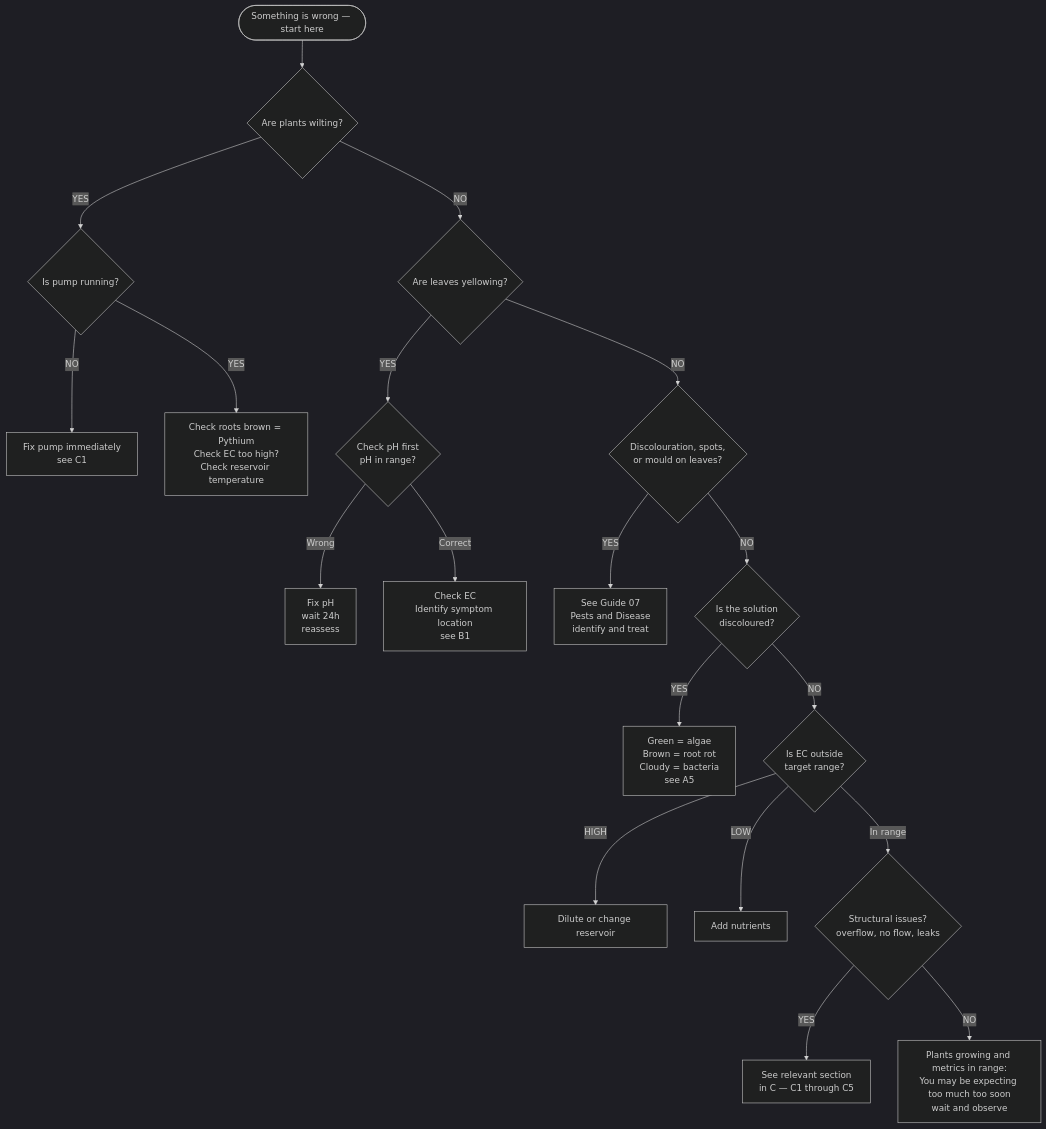
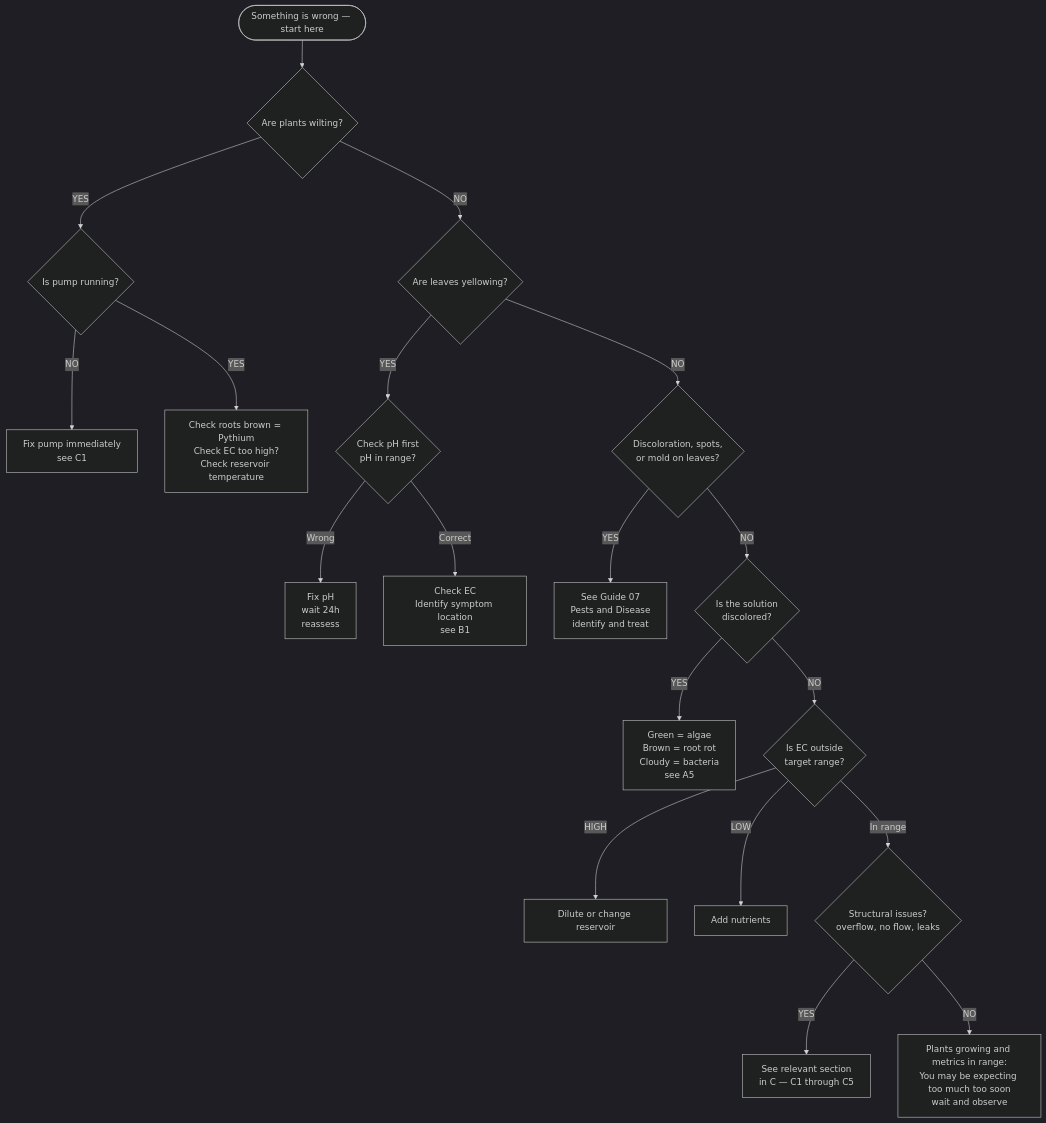
One commit to UncleJS/guide_hydroponics changed the fourth of 4 diagrams in guide/nft/09-troubleshooting.md. Above: the diagram before and after it, drawn with Mermaid (dark theme). The commit also changed other lines of this file and 35 other files, not shown here.

````diff
--- a/guide/nft/09-troubleshooting.md
+++ b/guide/nft/09-troubleshooting.md
@@ -789,33 +794,33 @@
 ```mermaid
 flowchart TD
     Start([Something is wrong — start here])
 
     Start --> Wilting{Are plants wilting?}
     Wilting -->|YES| PumpQ{Is pump running?}
     PumpQ -->|NO| FixPump[Fix pump immediately<br/>see C1]
     PumpQ -->|YES| CheckRoots[Check roots brown = Pythium<br/>Check EC too high?<br/>Check reservoir temperature]
     Wilting -->|NO| Yellowing
 
     Yellowing{Are leaves yellowing?}
     Yellowing -->|YES| pHCheck{Check pH first<br/>pH in range?}
     pHCheck -->|Wrong| FixpH[Fix pH<br/>wait 24h<br/>reassess]
     pHCheck -->|Correct| CheckEC_B1[Check EC<br/>Identify symptom location<br/>see B1]
     Yellowing -->|NO| Spots
 
-    Spots{Discolouration, spots,<br/>or mould on leaves?}
+    Spots{Discoloration, spots,<br/>or mold on leaves?}
     Spots -->|YES| Pests[See Guide 07<br/>Pests and Disease<br/>identify and treat]
     Spots -->|NO| SolnColor
 
-    SolnColor{Is the solution<br/>discoloured?}
+    SolnColor{Is the solution<br/>discolored?}
     SolnColor -->|YES| AlgaeRot[Green = algae<br/>Brown = root rot<br/>Cloudy = bacteria<br/>see A5]
     SolnColor -->|NO| ECRange
 
     ECRange{Is EC outside<br/>target range?}
     ECRange -->|HIGH| DilutEC[Dilute or change reservoir]
     ECRange -->|LOW| AddNutes[Add nutrients]
     ECRange -->|In range| Structural
 
     Structural{Structural issues?<br/>overflow, no flow, leaks}
     Structural -->|YES| SectionC[See relevant section<br/>in C — C1 through C5]
     Structural -->|NO| AllGood[Plants growing and metrics in range:<br/>You may be expecting too much too soon<br/>wait and observe]
 ```
````
